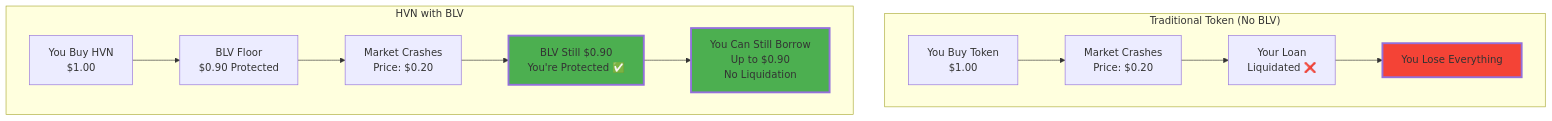
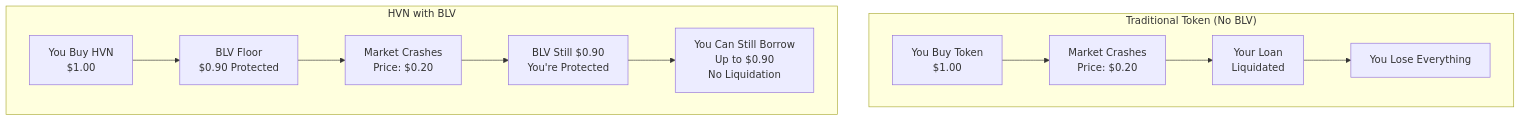
Before and after one commit to 0xJaehaerys/ohmega: the third of 6 diagrams in blackhaven-blv-user-friendly.md, drawn with Mermaid. The commit also changed other lines of this file, not shown here.

First line of the commit message:
Remove emojis and colors from BLV user-friendly diagram

````diff
--- a/blackhaven-blv-user-friendly.md
+++ b/blackhaven-blv-user-friendly.md
@@ -97,30 +87,27 @@
 ```mermaid
 graph TB
     subgraph "Traditional Token (No BLV)"
         TRAD_USER[You Buy Token<br/>$1.00]
         TRAD_DROP[Market Crashes<br/>Price: $0.20]
-        TRAD_LOAN[Your Loan<br/>Liquidated ❌]
+        TRAD_LOAN[Your Loan<br/>Liquidated]
         TRAD_LOSS[You Lose Everything]
     end
     
     subgraph "HVN with BLV"
         HVN_USER[You Buy HVN<br/>$1.00]
         HVN_BLV[BLV Floor<br/>$0.90 Protected]
         HVN_DROP[Market Crashes<br/>Price: $0.20]
-        HVN_SAFE[BLV Still $0.90<br/>You're Protected ✅]
+        HVN_SAFE[BLV Still $0.90<br/>You're Protected]
         HVN_BORROW[You Can Still Borrow<br/>Up to $0.90<br/>No Liquidation]
     end
     
     TRAD_USER --> TRAD_DROP
     TRAD_DROP --> TRAD_LOAN
     TRAD_LOAN --> TRAD_LOSS
     
     HVN_USER --> HVN_BLV
     HVN_BLV --> HVN_DROP
     HVN_DROP --> HVN_SAFE
     HVN_SAFE --> HVN_BORROW
     
-    style TRAD_LOSS fill:#f44336,stroke-width:3px
-    style HVN_SAFE fill:#4caf50,stroke-width:3px
-    style HVN_BORROW fill:#4caf50,stroke-width:3px
 ```
````
